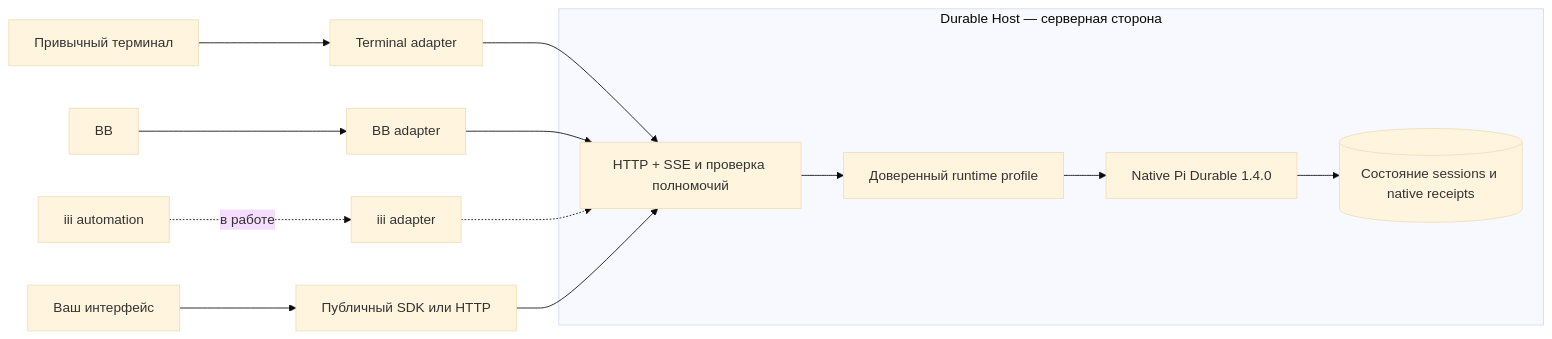
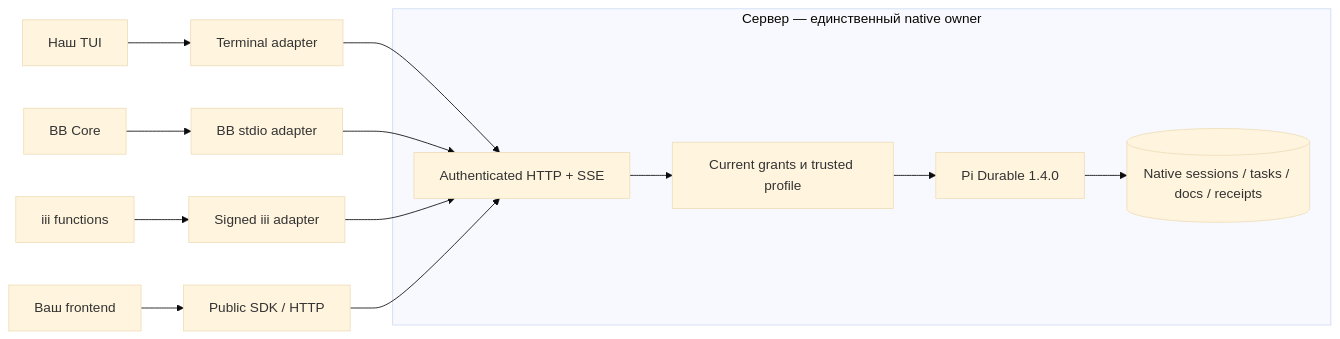
One commit to Diffuzmetall/pi-durable-host changed the diagram in README.md. Above: the diagram before and after it, drawn with Mermaid (base theme). The commit also changed other lines of this file and 11 other files, not shown here.

````diff
--- a/README.md
+++ b/README.md
@@ -11,16 +19,16 @@
 ```mermaid
 flowchart LR
-  T[Привычный терминал] --> TA[Terminal adapter]
-  B[BB] --> BA[BB adapter]
-  I[iii automation] -. в работе .-> IA[iii adapter]
-  X[Ваш интерфейс] --> SDK[Публичный SDK или HTTP]
+  T[Наш TUI] --> TA[Terminal adapter]
+  B[BB Core] --> BA[BB stdio adapter]
+  I[iii functions] --> IA[Signed iii adapter]
+  X[Ваш frontend] --> SDK[Public SDK / HTTP]
   TA --> API
   BA --> API
-  IA -.-> API
+  IA --> API
   SDK --> API
-  subgraph H[Durable Host — серверная сторона]
-    API[HTTP + SSE и проверка полномочий] --> P[Доверенный runtime profile]
-    P --> R[Native Pi Durable 1.4.0]
-    R --> DB[(Состояние sessions и native receipts)]
+  subgraph Host[Сервер — единственный native owner]
+    API[Authenticated HTTP + SSE] --> G[Current grants и trusted profile]
+    G --> R[Pi Durable 1.4.0]
+    R --> DB[(Native sessions / tasks / docs / receipts)]
   end
 ```
````
